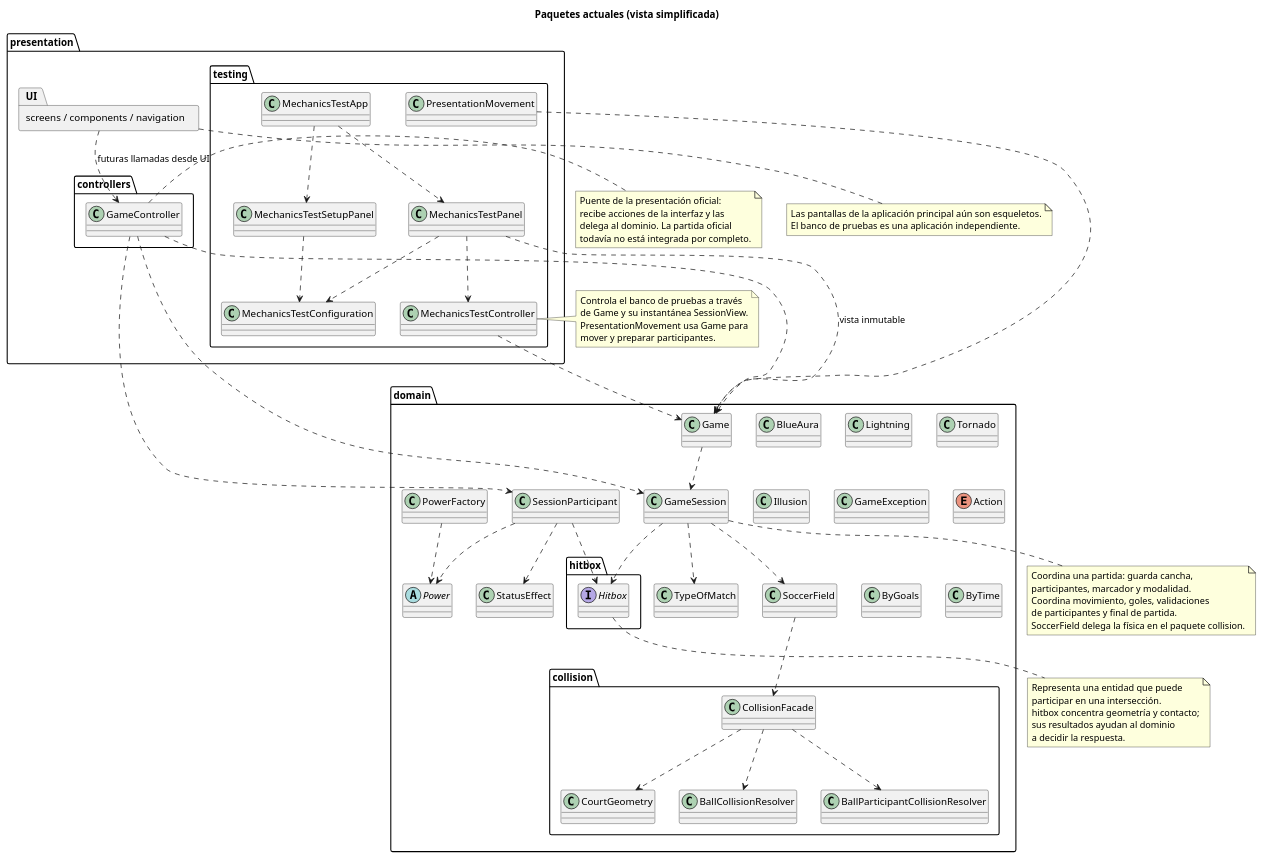
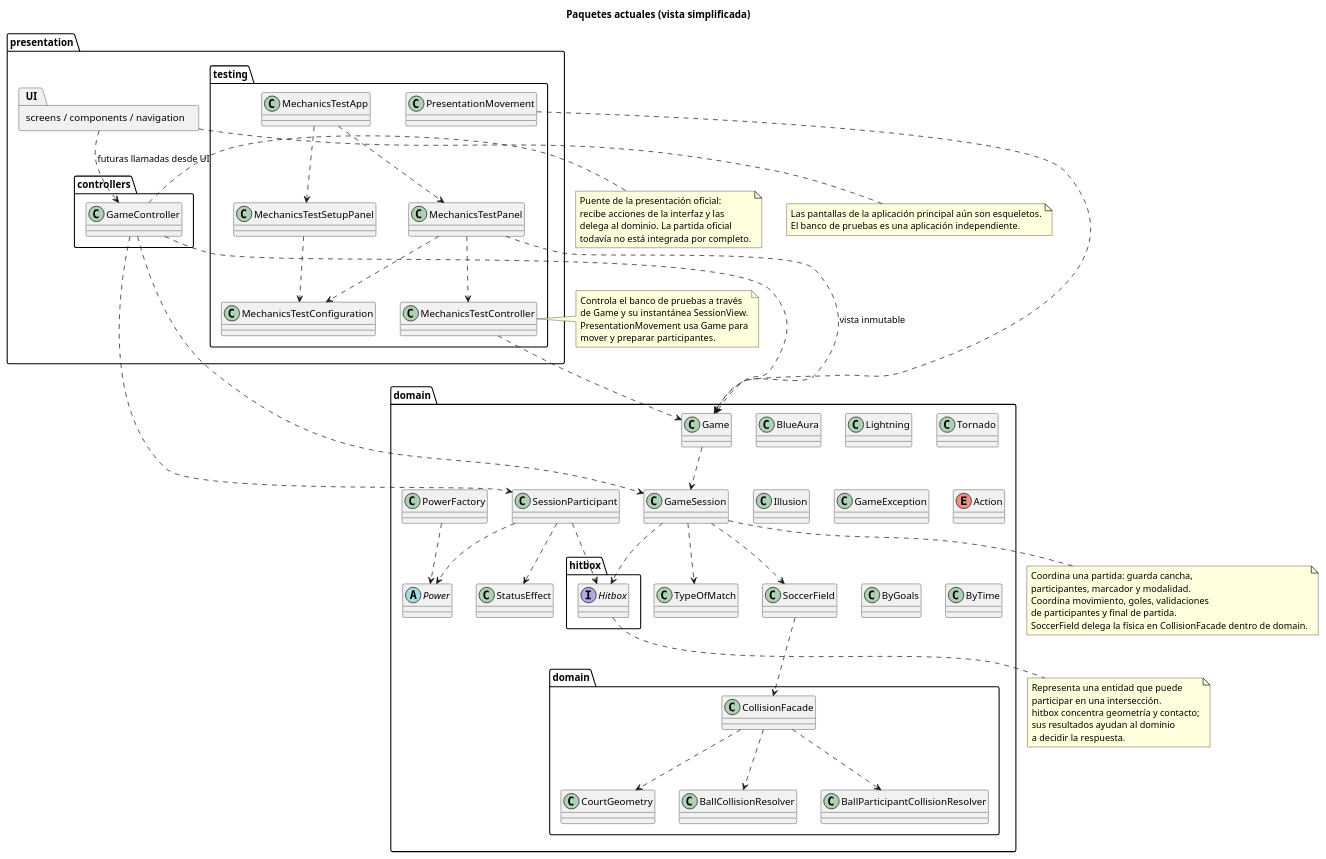
Before and after one commit to PaglkG/ProyectoFinal-Dopo: the diagram in docs/uml/package-diagram.puml, drawn with PlantUML. The commit also changed 19 other files, not shown here.

```diff
--- a/docs/uml/package-diagram.puml
+++ b/docs/uml/package-diagram.puml
@@ -1,99 +1,99 @@
 @startuml
 allowmixing
 title Paquetes actuales (vista simplificada)
 package "presentation" {
   package "controllers" {
     class GameController
   }
   package "testing" {
     class MechanicsTestApp
     class MechanicsTestSetupPanel
     class MechanicsTestConfiguration
     class MechanicsTestPanel
     class MechanicsTestController
     class PresentationMovement
   }
   package "screens / components / navigation" as UI
 }
 package "domain" {
   class Game
   class GameSession
   class SessionParticipant
   class TypeOfMatch
   package "hitbox" {
     interface Hitbox
   }
   class StatusEffect
   abstract class Power
   class BlueAura
   class Lightning
   class Tornado
   class Illusion
   class PowerFactory
   class GameException
   enum Action
   class ByGoals
   class ByTime
   class SoccerField
-  package "collision" {
+  package "domain" {
     class CollisionFacade
     class CourtGeometry
     class BallCollisionResolver
     class BallParticipantCollisionResolver
   }
 }
 GameController ..> Game
 GameController ..> GameSession
 GameController ..> SessionParticipant
 Game ..> GameSession
 GameSession ..> TypeOfMatch
 GameSession ..> Hitbox
 GameSession ..> SoccerField
 SoccerField ..> CollisionFacade
 CollisionFacade ..> CourtGeometry
 CollisionFacade ..> BallCollisionResolver
 CollisionFacade ..> BallParticipantCollisionResolver
 SessionParticipant ..> Hitbox
 SessionParticipant ..> StatusEffect
 SessionParticipant ..> Power
 PowerFactory ..> Power
 UI ..> GameController : futuras llamadas desde UI
 MechanicsTestPanel ..> MechanicsTestController
 MechanicsTestSetupPanel ..> MechanicsTestConfiguration
 MechanicsTestApp ..> MechanicsTestSetupPanel
 MechanicsTestApp ..> MechanicsTestPanel
 MechanicsTestPanel ..> MechanicsTestConfiguration
 MechanicsTestPanel ..> Game : vista inmutable
 MechanicsTestController ..> Game
 PresentationMovement ..> Game
 note bottom of UI
   Las pantallas de la aplicación principal aún son esqueletos.
   El banco de pruebas es una aplicación independiente.
 end note
 note right of GameController
   Puente de la presentación oficial:
   recibe acciones de la interfaz y las
   delega al dominio. La partida oficial
   todavía no está integrada por completo.
 end note
 note bottom of GameSession
   Coordina una partida: guarda cancha,
   participantes, marcador y modalidad.
   Coordina movimiento, goles, validaciones
   de participantes y final de partida.
-  SoccerField delega la física en el paquete collision.
+  SoccerField delega la física en CollisionFacade dentro de domain.
 end note
 note bottom of Hitbox
   Representa una entidad que puede
   participar en una intersección.
   hitbox concentra geometría y contacto;
   sus resultados ayudan al dominio
   a decidir la respuesta.
 end note
 note right of MechanicsTestController
   Controla el banco de pruebas a través
   de Game y su instantánea SessionView.
   PresentationMovement usa Game para
   mover y preparar participantes.
 end note
 @enduml
```
